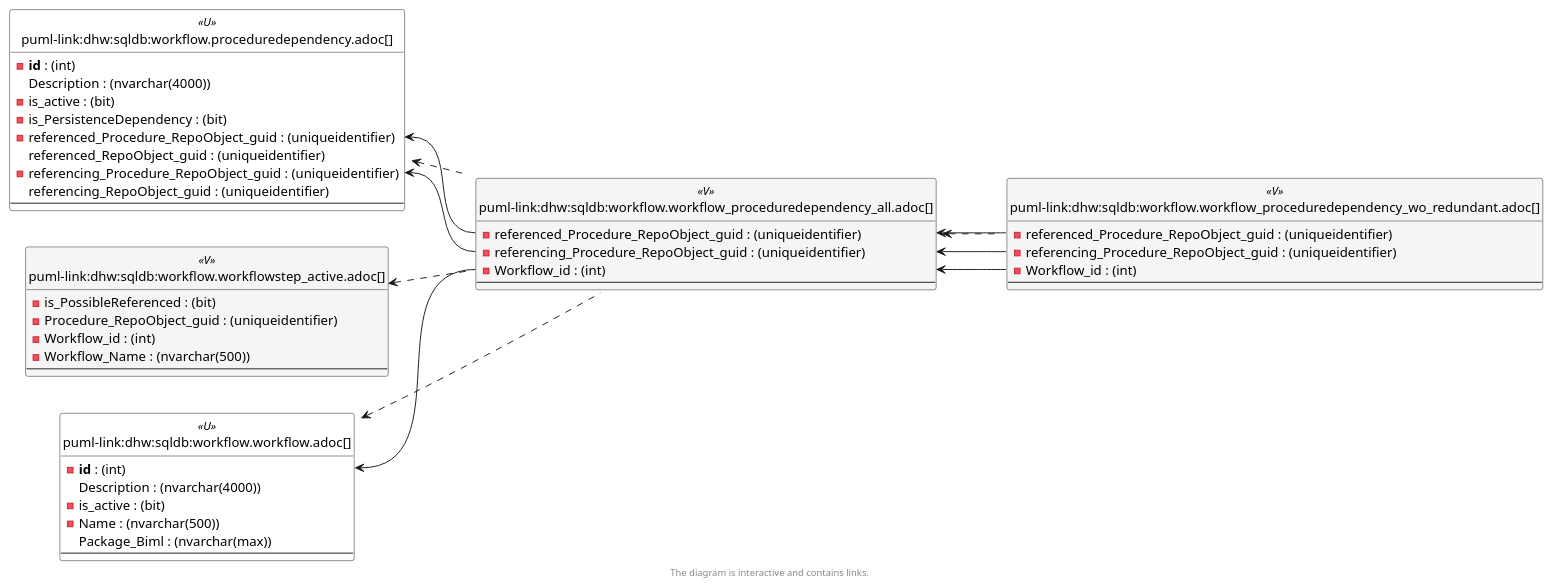
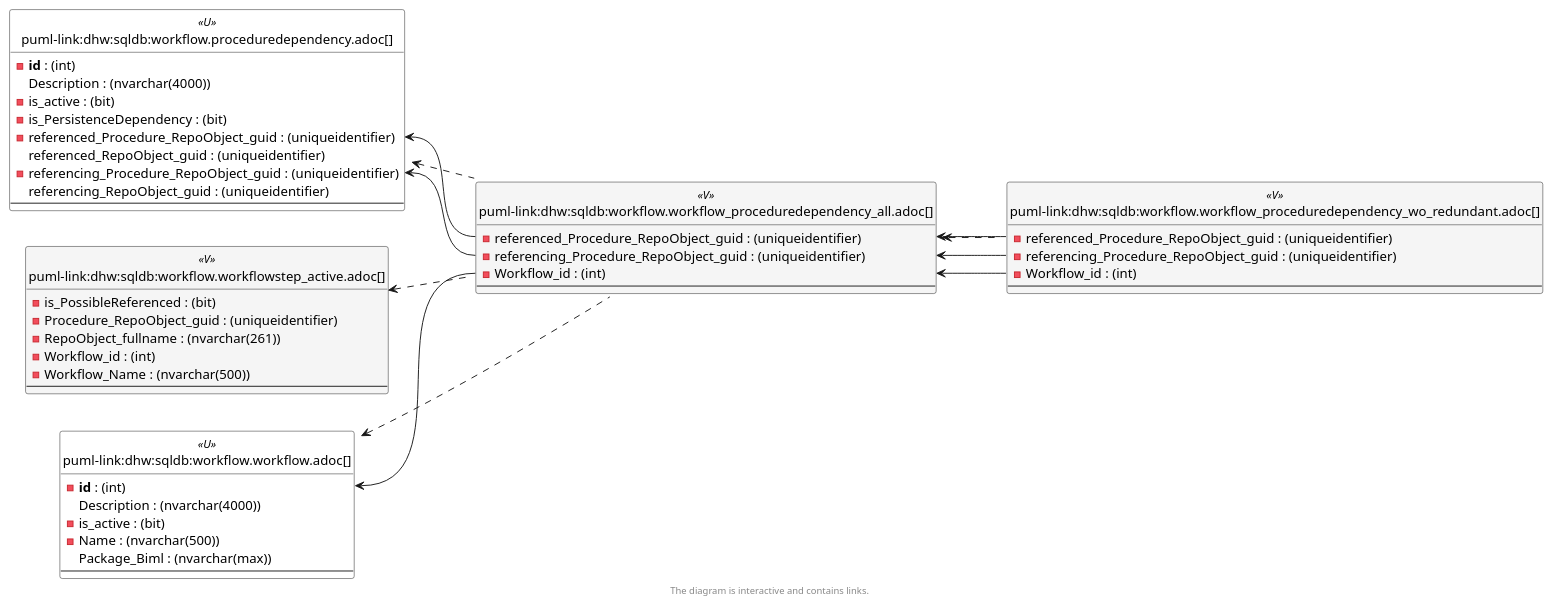
The sixth of 6 diagrams in docs/modules/sqldb/partials/content/workflow.workflow_proceduredependency_all.adoc (DataHandwerk/dhw-antora-sqldb), drawn with PlantUML before and after one commit. The commit also changed other lines of this file and 701 other files, not shown here.

```diff
--- a/docs/modules/sqldb/partials/content/workflow.workflow_proceduredependency_all.adoc
+++ b/docs/modules/sqldb/partials/content/workflow.workflow_proceduredependency_all.adoc
@@ -1648,6 +1649,7 @@
 entity "puml-link:dhw:sqldb:workflow.workflowstep_active.adoc[]" as workflow.WorkflowStep_active << V >> {
   - is_PossibleReferenced : (bit)
   - Procedure_RepoObject_guid : (uniqueidentifier)
+  - RepoObject_fullname : (nvarchar(261))
   - Workflow_id : (int)
   - Workflow_Name : (nvarchar(500))
   --
```
